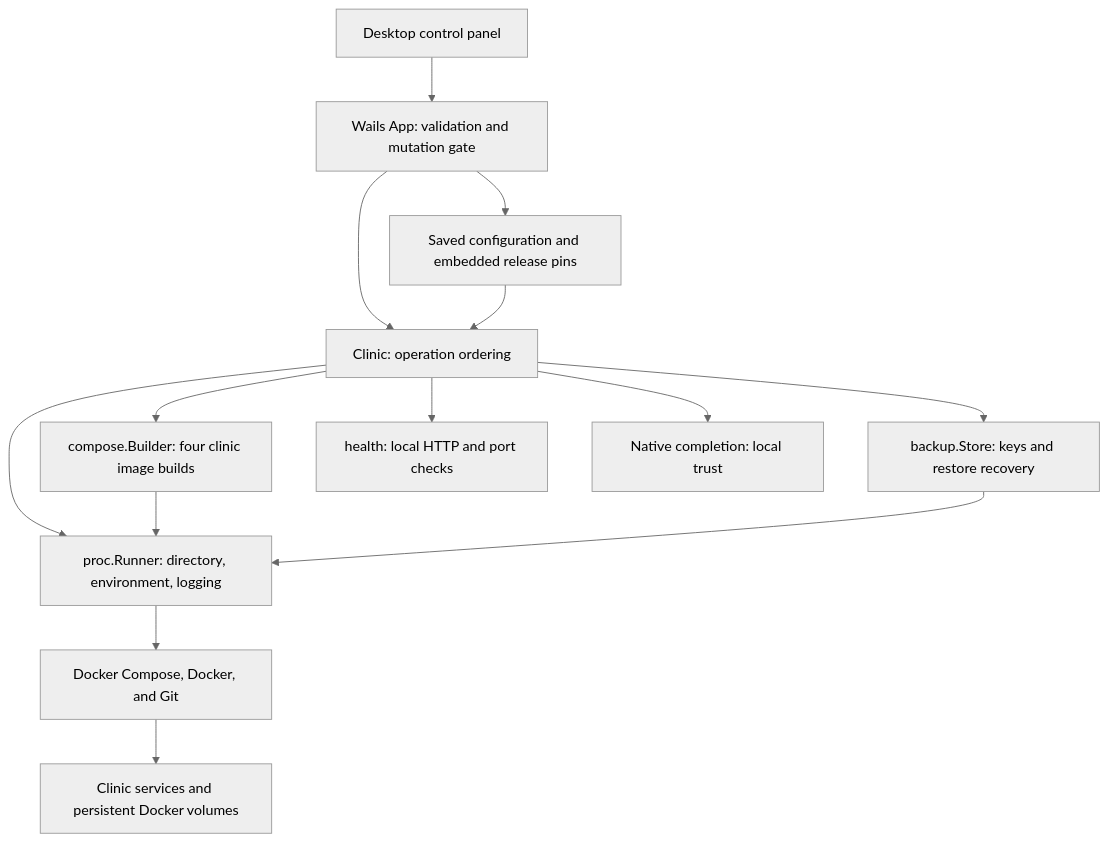
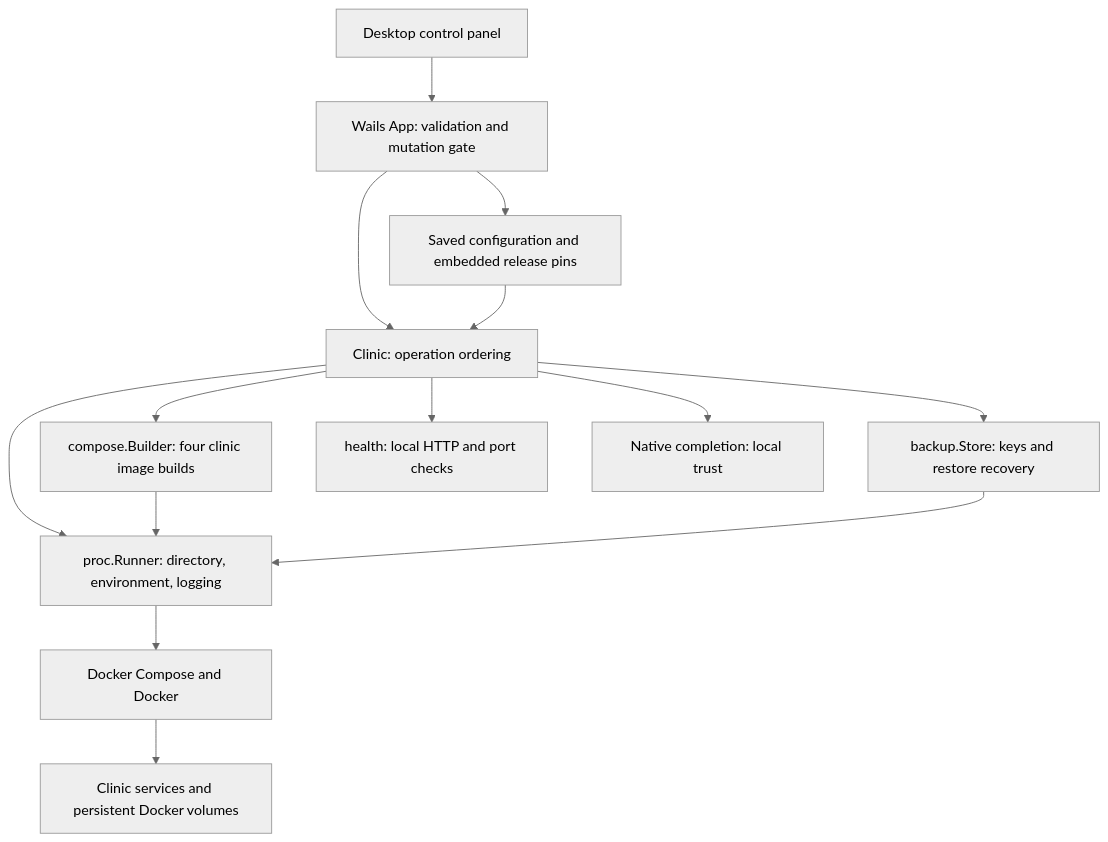
The first of 6 diagrams in docs/clinic-lifecycle.md (ohcnetwork/care_clinic), drawn with Mermaid (neutral theme) before and after one commit. The commit also changed other lines of this file and 74 other files, not shown here.

````diff
--- a/docs/clinic-lifecycle.md
+++ b/docs/clinic-lifecycle.md
@@ -59,16 +59,16 @@
 ```mermaid
 flowchart TD
     UI["Desktop control panel"] --> App["Wails App: validation and mutation gate"]
     App --> Config["Saved configuration and embedded release pins"]
     App --> Clinic["Clinic: operation ordering"]
     Config --> Clinic
     Clinic --> Runner["proc.Runner: directory, environment, logging"]
     Clinic --> Builder["compose.Builder: four clinic image builds"]
     Clinic --> Backup["backup.Store: keys and restore recovery"]
     Clinic --> Health["health: local HTTP and port checks"]
     Clinic --> Native["Native completion: local trust"]
     Builder --> Runner
     Backup --> Runner
-    Runner --> Tools["Docker Compose, Docker, and Git"]
+    Runner --> Tools["Docker Compose and Docker"]
     Tools --> Stack["Clinic services and persistent Docker volumes"]
 ```
````
